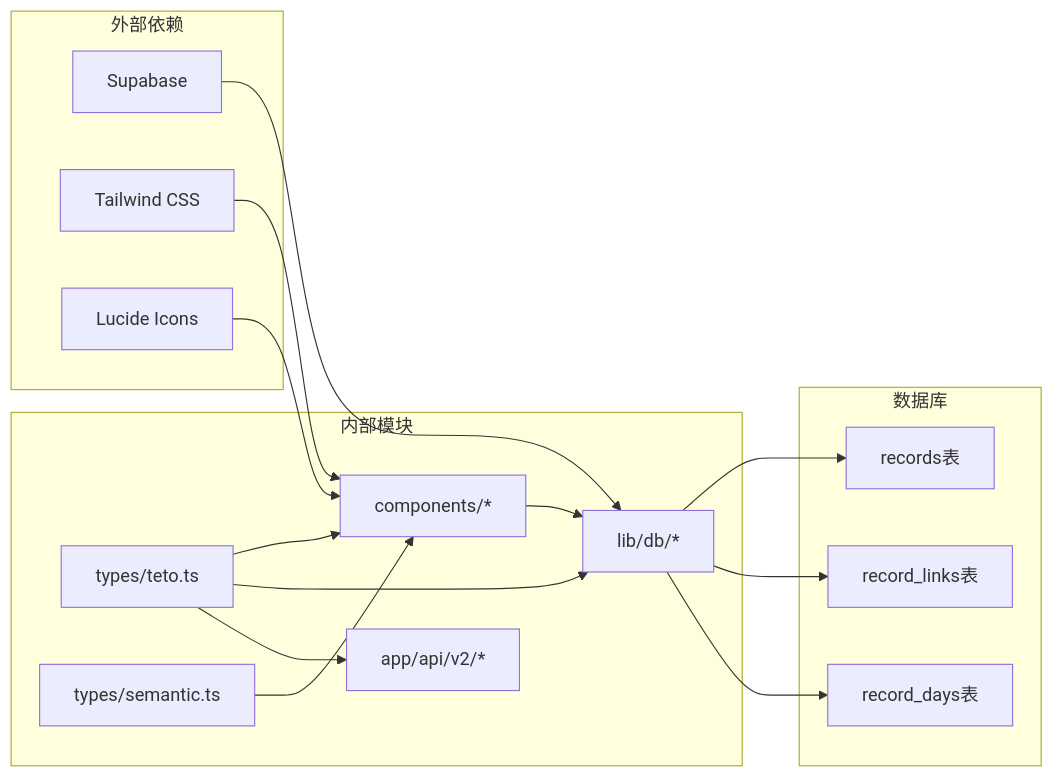
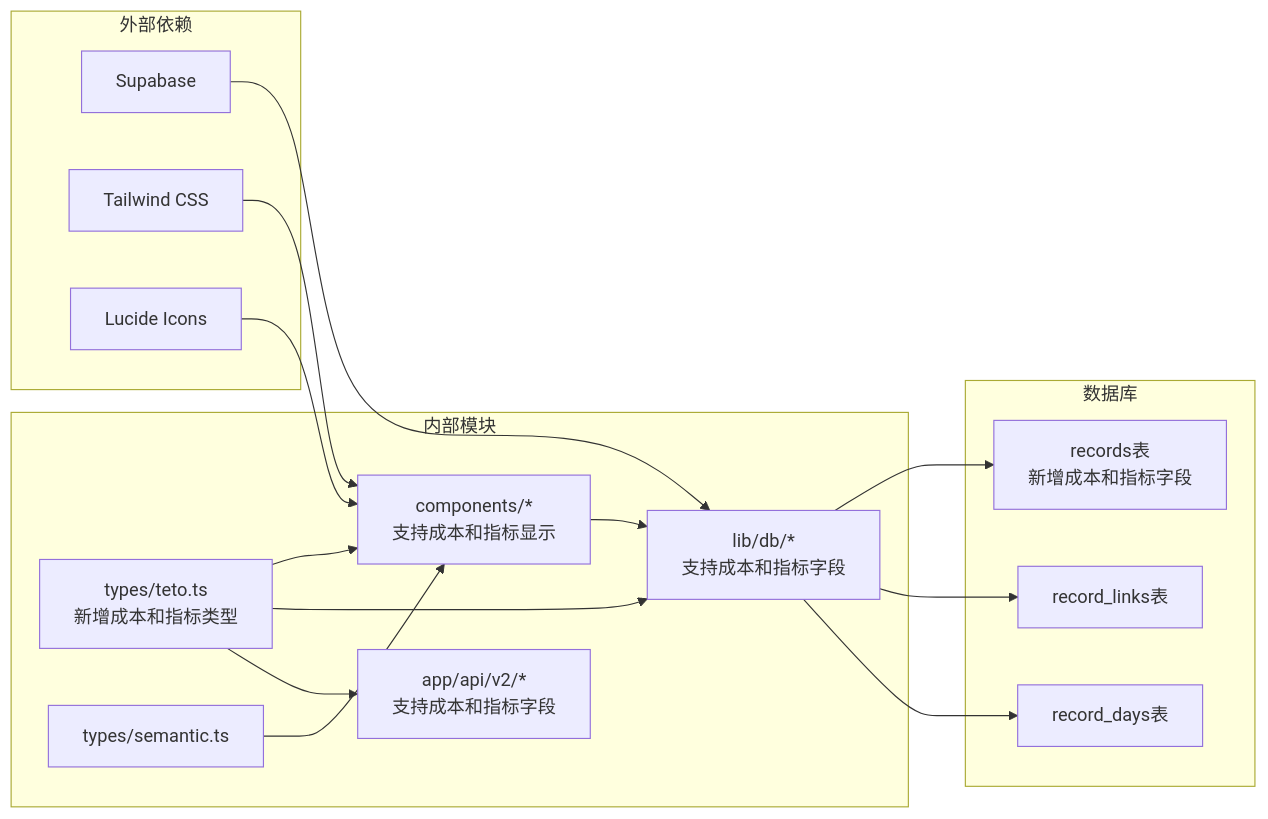
Before and after one commit to bbong1234/TETO: the eighth of 8 diagrams in .qoder/repowiki/zh/content/核心功能模块/记录管理系统/记录类型系统.md, drawn with Mermaid. The commit also changed other lines of this file and 26 other files, not shown here.

````diff
--- a/.qoder/repowiki/zh/content/核心功能模块/记录管理系统/记录类型系统.md
+++ b/.qoder/repowiki/zh/content/核心功能模块/记录管理系统/记录类型系统.md
@@ -336,31 +388,31 @@
 ```mermaid
 graph LR
 subgraph "外部依赖"
 A[Supabase]
 B[Tailwind CSS]
 C[Lucide Icons]
 end
 subgraph "内部模块"
-D[types/teto.ts]
+D[types/teto.ts<br/>新增成本和指标类型]
 E[types/semantic.ts]
-F[components/*]
-G[lib/db/*]
-H[app/api/v2/*]
+F[components/*<br/>支持成本和指标显示]
+G[lib/db/*<br/>支持成本和指标字段]
+H[app/api/v2/*<br/>支持成本和指标字段]
 end
 subgraph "数据库"
-I[records表]
+I[records表<br/>新增成本和指标字段]
 J[record_links表]
 K[record_days表]
 end
 A --> G
 B --> F
 C --> F
 D --> F
 E --> F
 D --> G
 D --> H
 F --> G
 G --> I
 G --> J
 G --> K
 ```
````
